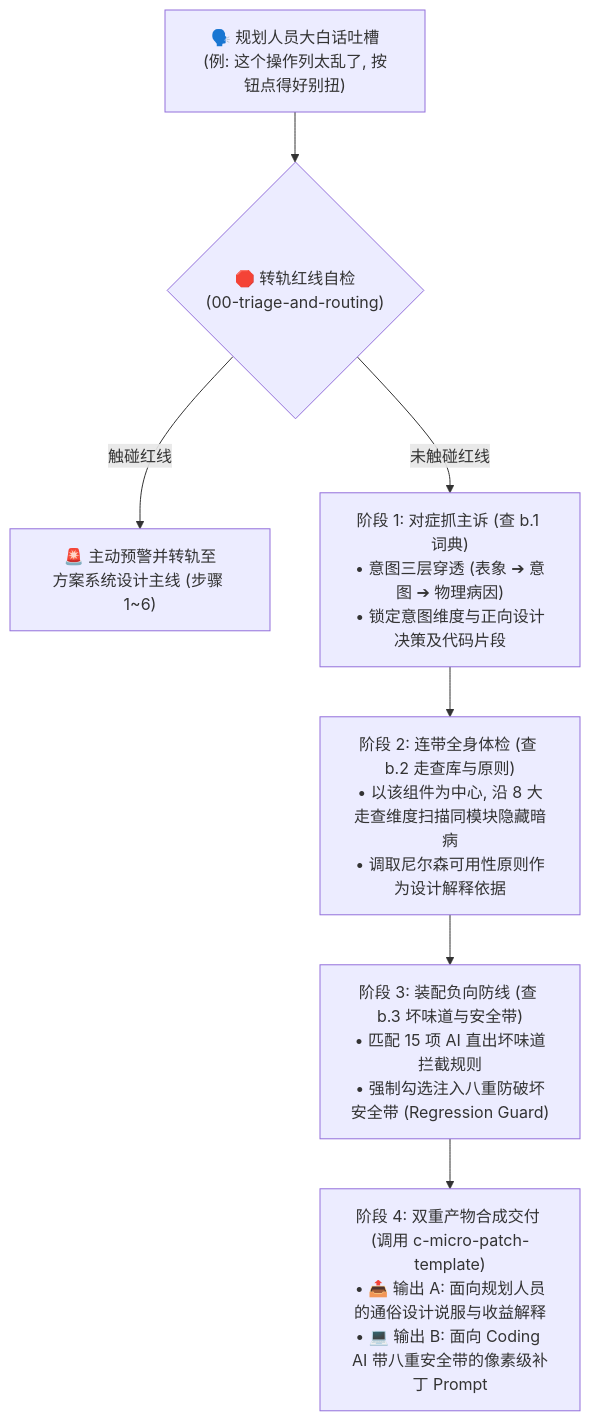
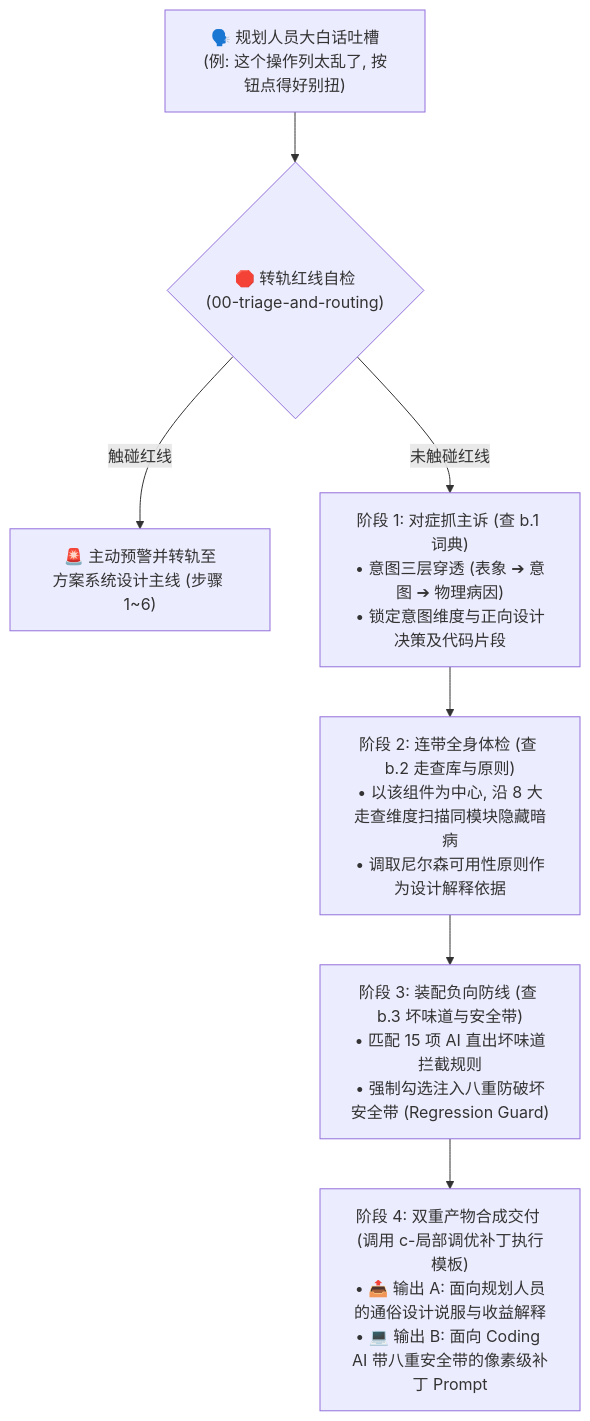
One commit to wangjue2026/skill-designer-prism changed the second of 2 diagrams in 04-workflows-and-cases/execution-sop.md. Above: the diagram before and after it, drawn with Mermaid. The commit also changed other lines of this file and 20 other files, not shown here.

````diff
--- a/04-workflows-and-cases/execution-sop.md
+++ b/04-workflows-and-cases/execution-sop.md
@@ -61,14 +63,14 @@
 ```mermaid
 graph TD
     UserFeedback["🗣️ 规划人员大白话吐槽<br>(例: 这个操作列太乱了, 按钮点得好别扭)"] --> TriageCheck{"🛑 转轨红线自检<br>(00-triage-and-routing)"}
     
     TriageCheck -- 触碰红线 --> SwitchMacro["🚨 主动预警并转轨至<br>方案系统设计主线 (步骤 1~6)"]
     
     TriageCheck -- 未触碰红线 --> Stage1["阶段 1: 对症抓主诉 (查 b.1 词典)<br>• 意图三层穿透 (表象 ➔ 意图 ➔ 物理病因)<br>• 锁定意图维度与正向设计决策及代码片段"]
     
     Stage1 --> Stage2["阶段 2: 连带全身体检 (查 b.2 走查库与原则)<br>• 以该组件为中心, 沿 8 大走查维度扫描同模块隐藏暗病<br>• 调取尼尔森可用性原则作为设计解释依据"]
     
     Stage2 --> Stage3["阶段 3: 装配负向防线 (查 b.3 坏味道与安全带)<br>• 匹配 15 项 AI 直出坏味道拦截规则<br>• 强制勾选注入八重防破坏安全带 (Regression Guard)"]
     
-    Stage3 --> Stage4["阶段 4: 双重产物合成交付 (调用 c-micro-patch-template)<br>• 📤 输出 A: 面向规划人员的通俗设计说服与收益解释<br>• 💻 输出 B: 面向 Coding AI 带八重安全带的像素级补丁 Prompt"]
+    Stage3 --> Stage4["阶段 4: 双重产物合成交付 (调用 c-局部调优补丁执行模板)<br>• 📤 输出 A: 面向规划人员的通俗设计说服与收益解释<br>• 💻 输出 B: 面向 Coding AI 带八重安全带的像素级补丁 Prompt"]
 ```
````
